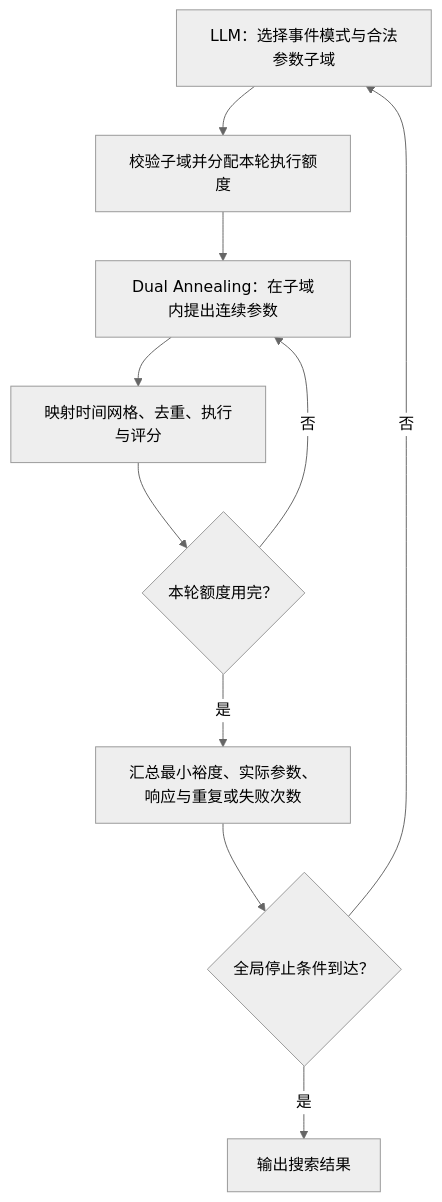
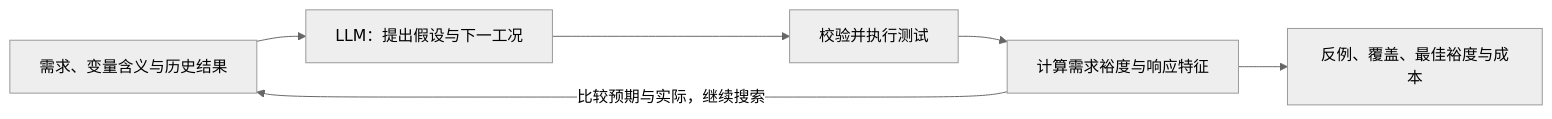
Before and after one commit to LYX2LK/Typhoon-HIL-lab-workflow: the second of 3 diagrams in docs/research/2026-11-11-hil-ai-selection/technical-selection.md, drawn with Mermaid (neutral theme). The commit also changed other lines of this file and 3 other files, not shown here.

````diff
--- a/docs/research/2026-11-11-hil-ai-selection/technical-selection.md
+++ b/docs/research/2026-11-11-hil-ai-selection/technical-selection.md
@@ -120,12 +62,8 @@
 ```mermaid
-flowchart TD
-    A["LLM：选择事件模式与合法参数子域"] --> B["校验子域并分配本轮执行额度"]
-    B --> C["Dual Annealing：在子域内提出连续参数"]
-    C --> D["映射时间网格、去重、执行与评分"]
-    D --> E{"本轮额度用完？"}
-    E -->|否| C
-    E -->|是| F["汇总最小裕度、实际参数、响应与重复或失败次数"]
-    F --> G{"全局停止条件到达？"}
-    G -->|否| A
-    G -->|是| H["输出搜索结果"]
+flowchart LR
+    A["需求、变量含义与历史结果"] --> B["LLM：提出假设与下一工况"]
+    B --> C["校验并执行测试"]
+    C --> D["计算需求裕度与响应特征"]
+    D -->|比较预期与实际，继续搜索| A
+    D --> O["反例、覆盖、最佳裕度与成本"]
 ```
````
